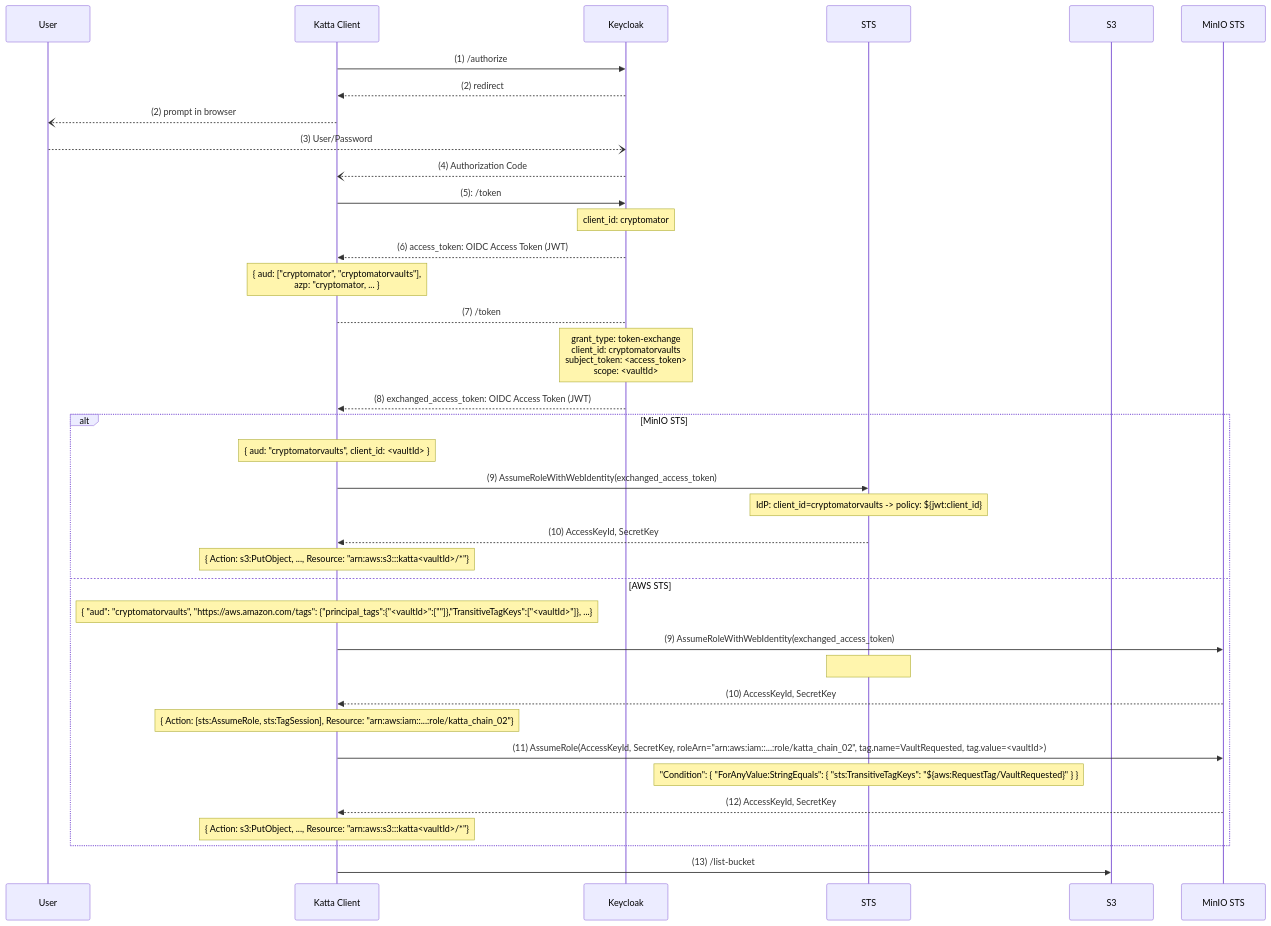
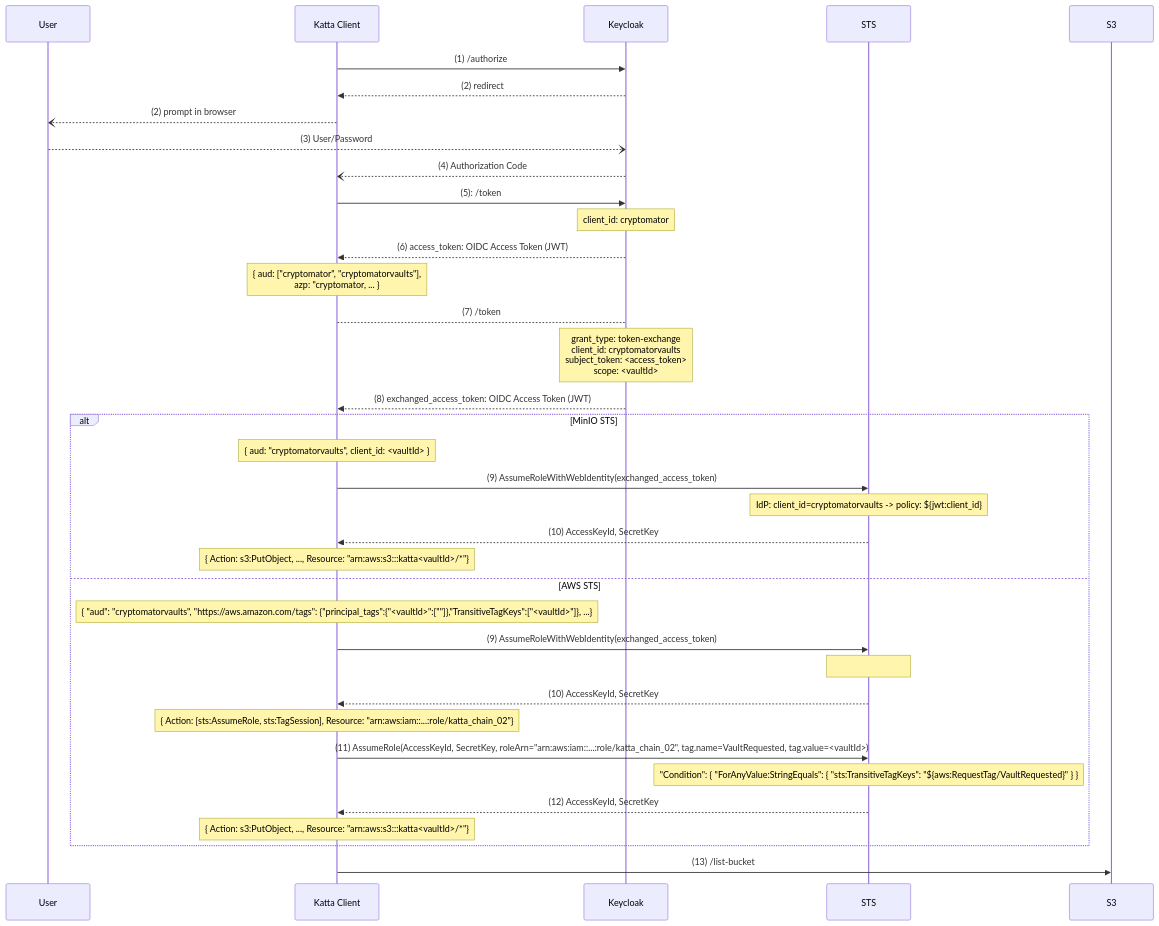
Before and after one commit to shift7-ch/katta-docs: the diagram in TOKENS.md, drawn with Mermaid. The commit also changed 1 other file, not shown here.

Commit message:
Fix typos in README and copy-paste error in TOKENS sequence diagram
- README.md: Remove duplicate "Get an Overview" entry in table of contents
- README.md: Fix "Event" → "Even" in two places (Comparison with Cryptomator Hub)
- TOKENS.md: Fix mermaid diagram referencing "MinIO STS" in the AWS STS block

````diff
--- a/TOKENS.md
+++ b/TOKENS.md
@@ -59,40 +59,40 @@
 ```mermaid
 sequenceDiagram
     participant User
     participant Katta Client
     participant Keycloak
     participant STS
     participant S3
     Katta Client ->> Keycloak: (1) /authorize
     Keycloak -->> Katta Client: (2) redirect
     Katta Client --) User: (2) prompt in browser
     User --) Keycloak: (3) User/Password
     Keycloak --) Katta Client: (4) Authorization Code
     Katta Client ->> Keycloak: (5): /token
     Note over Keycloak: client_id: cryptomator
     Keycloak -->> Katta Client: (6) access_token: OIDC Access Token (JWT)
     Note over Katta Client: { aud: ["cryptomator", "cryptomatorvaults"], <br/>azp: "cryptomator, ... }
     Katta Client --> Keycloak: (7) /token
     Note over Keycloak: grant_type: token-exchange<br/>client_id: cryptomatorvaults <br/> subject_token: <access_token><br/> scope: <vaultId>
     Keycloak -->> Katta Client: (8) exchanged_access_token: OIDC Access Token (JWT)
 alt MinIO STS
 Note over Katta Client: { aud: "cryptomatorvaults", client_id: <vaultId> }
 Katta Client ->> STS: (9) AssumeRoleWithWebIdentity(exchanged_access_token)
 Note over STS: IdP: client_id=cryptomatorvaults -> policy: ${jwt:client_id}
 STS -->> Katta Client: (10) AccessKeyId, SecretKey
 Note over Katta Client: { Action: s3:PutObject, ..., Resource: "arn:aws:s3:::katta<vaultId>/*"}
 else AWS STS
 Note over Katta Client: { "aud": "cryptomatorvaults", "https://aws.amazon.com/tags": {"principal_tags":{"<vaultId>":[""]},"TransitiveTagKeys":["<vaultId>"]}, ...}
-Katta Client ->> MinIO STS: (9) AssumeRoleWithWebIdentity(exchanged_access_token)
-Note over STS: 
-        MinIO STS -->> Katta Client: (10) AccessKeyId, SecretKey
+Katta Client ->> STS: (9) AssumeRoleWithWebIdentity(exchanged_access_token)
+Note over STS:
+        STS -->> Katta Client: (10) AccessKeyId, SecretKey
 Note over Katta Client: { Action: [sts:AssumeRole, sts:TagSession], Resource: "arn:aws:iam::...:role/katta_chain_02"}
-Katta Client ->> MinIO STS: (11) AssumeRole(AccessKeyId, SecretKey, roleArn="arn:aws:iam::...:role/katta_chain_02", tag.name=VaultRequested, tag.value=<vaultId>)
+Katta Client ->> STS: (11) AssumeRole(AccessKeyId, SecretKey, roleArn="arn:aws:iam::...:role/katta_chain_02", tag.name=VaultRequested, tag.value=<vaultId>)
 Note over STS: "Condition": { "ForAnyValue:StringEquals": { "sts:TransitiveTagKeys": "${aws:RequestTag/VaultRequested}" } }
-MinIO STS -->> Katta Client: (12) AccessKeyId, SecretKey
+STS -->> Katta Client: (12) AccessKeyId, SecretKey
 Note over Katta Client: { Action: s3:PutObject, ..., Resource: "arn:aws:s3:::katta<vaultId>/*"}
 end
 Katta Client ->> S3: (13) /list-bucket
 
 
 ```
````
